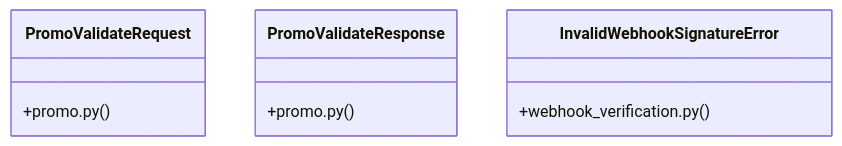
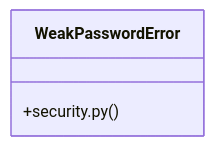
Before and after one commit to adjanayo/synca_conf_back: the diagram in graphify-out/wiki/[make_admin()_&_hash_password()]_Cluster.md, drawn with Mermaid. The commit also changed other lines of this file and 81 other files, not shown here.

Commit message:
chore: rafraîchir le graphe de code (graphify)

````diff
--- a/graphify-out/wiki/[make_admin()_&_hash_password()]_Cluster.md
+++ b/graphify-out/wiki/[make_admin()_&_hash_password()]_Cluster.md
@@ -36,12 +36,6 @@
 ```mermaid
 classDiagram
-    class PromoValidateRequest {
-        +promo.py()
-    }
-    class PromoValidateResponse {
-        +promo.py()
-    }
-    class InvalidWebhookSignatureError {
-        +webhook_verification.py()
+    class WeakPasswordError {
+        +security.py()
     }
 ```
````
